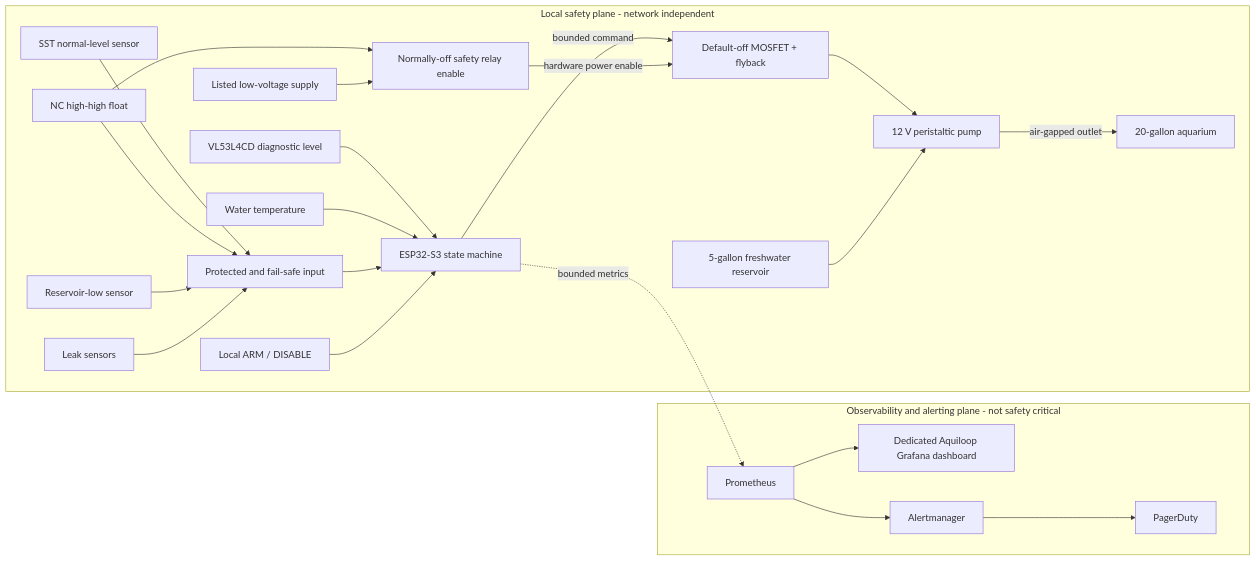
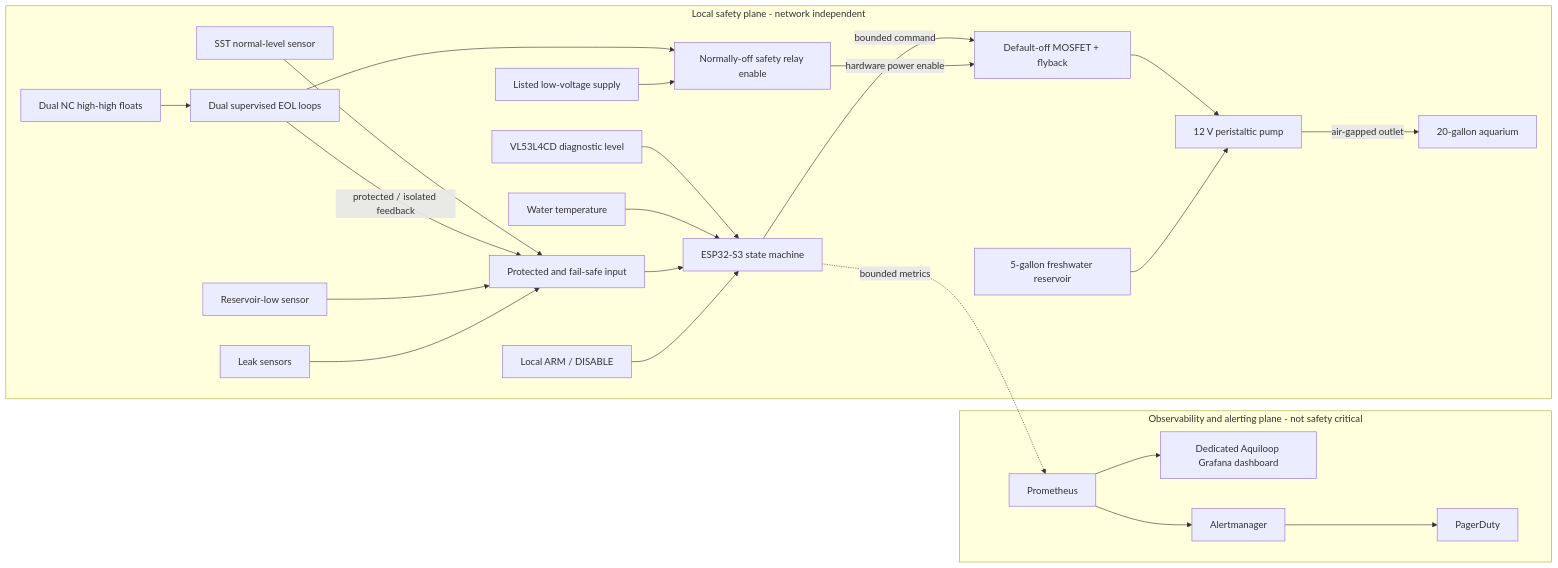
The diagram in docs/design/aquarium-auto-top-off.md (futuroptimist/aquiloop), drawn with Mermaid before and after one commit. The commit also changed other lines of this file, not shown here.

Commit message:
docs: close auto-top-off safety gaps

````diff
--- a/docs/design/aquarium-auto-top-off.md
+++ b/docs/design/aquarium-auto-top-off.md
@@ -72,27 +73,28 @@
 ```mermaid
 flowchart LR
   subgraph SP[Local safety plane - network independent]
     SST[SST normal-level sensor] --> IO[Protected and fail-safe input]
-    FLOAT[NC high-high float] --> RELAY[Normally-off safety relay enable]
-    FLOAT --> IO
+    FLOATS[Dual NC high-high floats] --> EOL[Dual supervised EOL loops]
+    EOL --> RELAY[Normally-off safety relay enable]
+    EOL -->|protected / isolated feedback| IO
     RES[Reservoir-low sensor] --> IO
     LEAK[Leak sensors] --> IO
     TOF[VL53L4CD diagnostic level] --> MCU[ESP32-S3 state machine]
     TEMP[Water temperature] --> MCU
     IO --> MCU
     ARM[Local ARM / DISABLE] --> MCU
     MCU -->|bounded command| MOSFET[Default-off MOSFET + flyback]
     RELAY -->|hardware power enable| MOSFET
     PSU[Listed low-voltage supply] --> RELAY
     MOSFET --> PUMP[12 V peristaltic pump]
     PUMP -->|air-gapped outlet| TANK[20-gallon aquarium]
     BUCKET[5-gallon freshwater reservoir] --> PUMP
   end
 
   subgraph OP[Observability and alerting plane - not safety critical]
     MCU -. bounded metrics .-> PROM[Prometheus]
     PROM --> GRAF[Dedicated Aquiloop Grafana dashboard]
     PROM --> AM[Alertmanager]
     AM --> PD[PagerDuty]
   end
 ```
````
